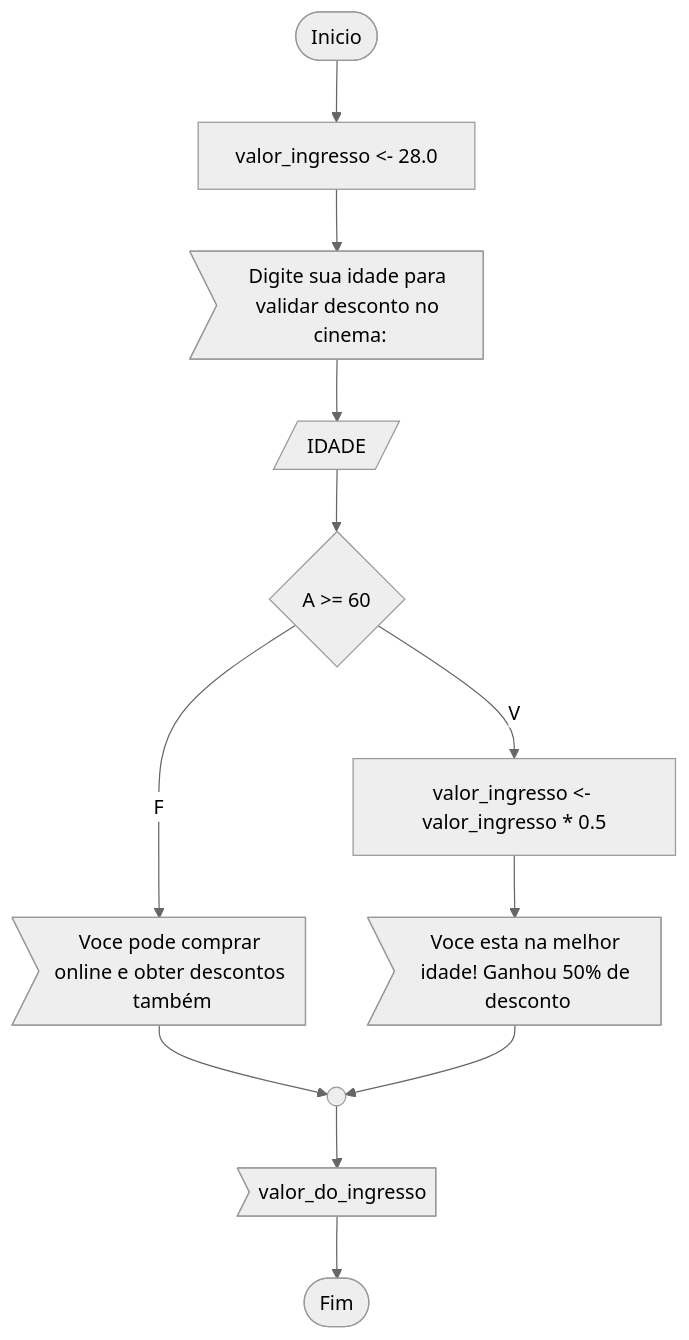
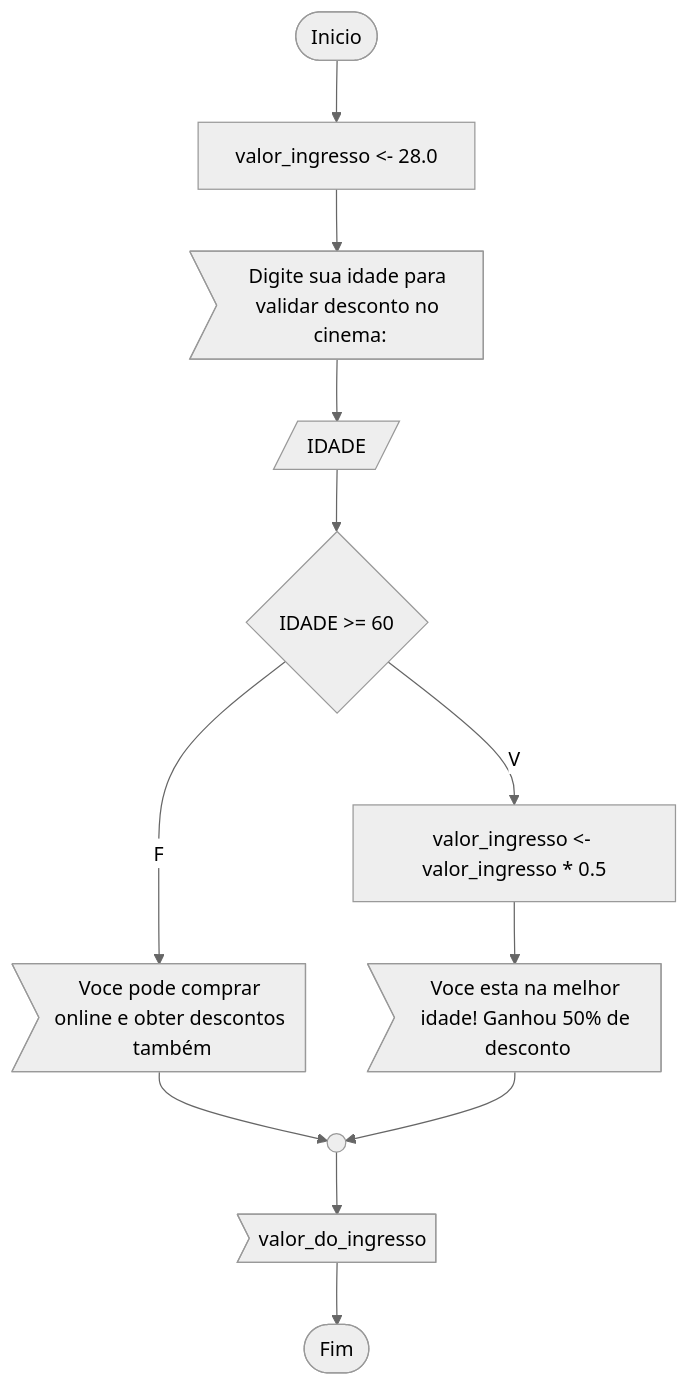
Before and after one commit to Escola-VR/evr2: the second of 3 diagrams in aulas/aula6.md, drawn with Mermaid (neutral theme). The commit also changed other lines of this file, not shown here.

````diff
--- a/aulas/aula6.md
+++ b/aulas/aula6.md
@@ -50,28 +52,28 @@
 ```mermaid
 flowchart TB
     in([Inicio])
     a1[valor_ingresso <- 28.0]
     s1>Digite sua idade para validar desconto no cinema:]
     e1[/IDADE/]
-    d1{A >= 60}
+    d1{IDADE >= 60}
     s2>Voce esta na melhor idade! Ganhou 50% de desconto]
     p1[valor_ingresso <- valor_ingresso * 0.5]
     s3>valor_do_ingresso]
     s4>Voce pode comprar online e obter descontos também]
     c1(( ))
 
     in --> a1
     a1 --> s1
     s1 --> e1
     e1 --> d1
     d1 --F--> s4
     s4 --> c1
     d1 --V--> p1
     p1 --> s2
     s2 --> c1
     
     c1 --> s3
     s3 --> fn
 
     fn([Fim])
 ```
````
